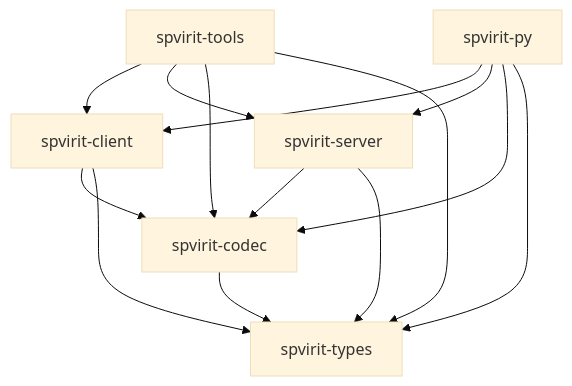
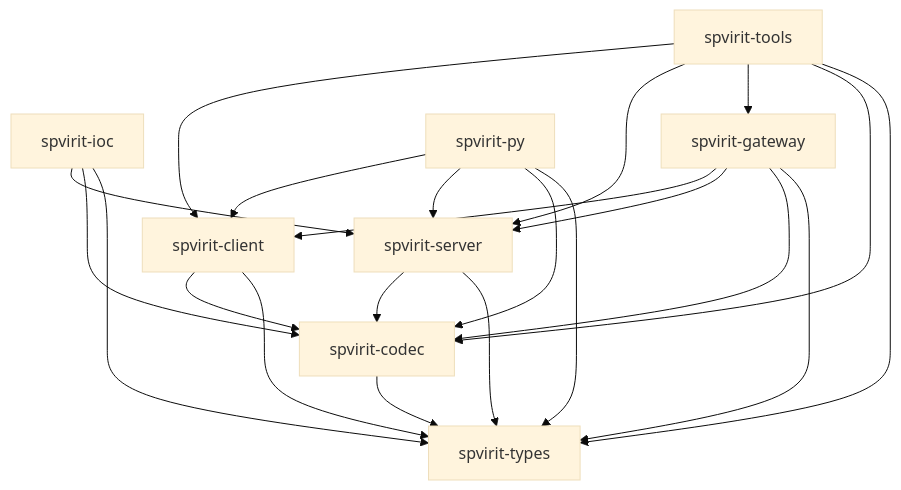
The diagram in docs/book/src/05-reference/crate-map.md (ISISNeutronMuon/spvirit), drawn with Mermaid (base theme) before and after one commit. The commit also changed other lines of this file and 19 other files, not shown here.

````diff
--- a/docs/book/src/05-reference/crate-map.md
+++ b/docs/book/src/05-reference/crate-map.md
@@ -15,23 +15,33 @@
 ```mermaid
 graph TD
     types[spvirit-types]
     codec[spvirit-codec]
     client[spvirit-client]
     server[spvirit-server]
+    ioc[spvirit-ioc]
+    gateway[spvirit-gateway]
     tools[spvirit-tools]
     py[spvirit-py]
 
     codec --> types
     client --> codec
     client --> types
     server --> codec
     server --> types
+    ioc --> server
+    ioc --> codec
+    ioc --> types
+    gateway --> client
+    gateway --> server
+    gateway --> codec
+    gateway --> types
     tools --> client
     tools --> server
+    tools --> gateway
     tools --> codec
     tools --> types
     py --> client
     py --> server
     py --> codec
     py --> types
 ```
````
